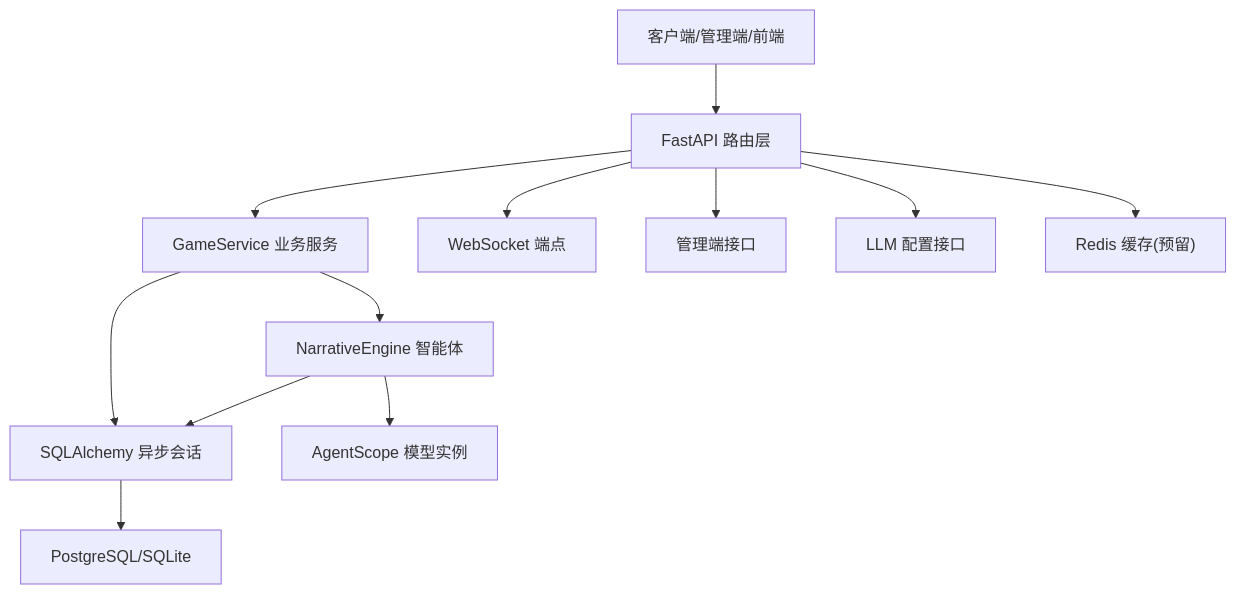
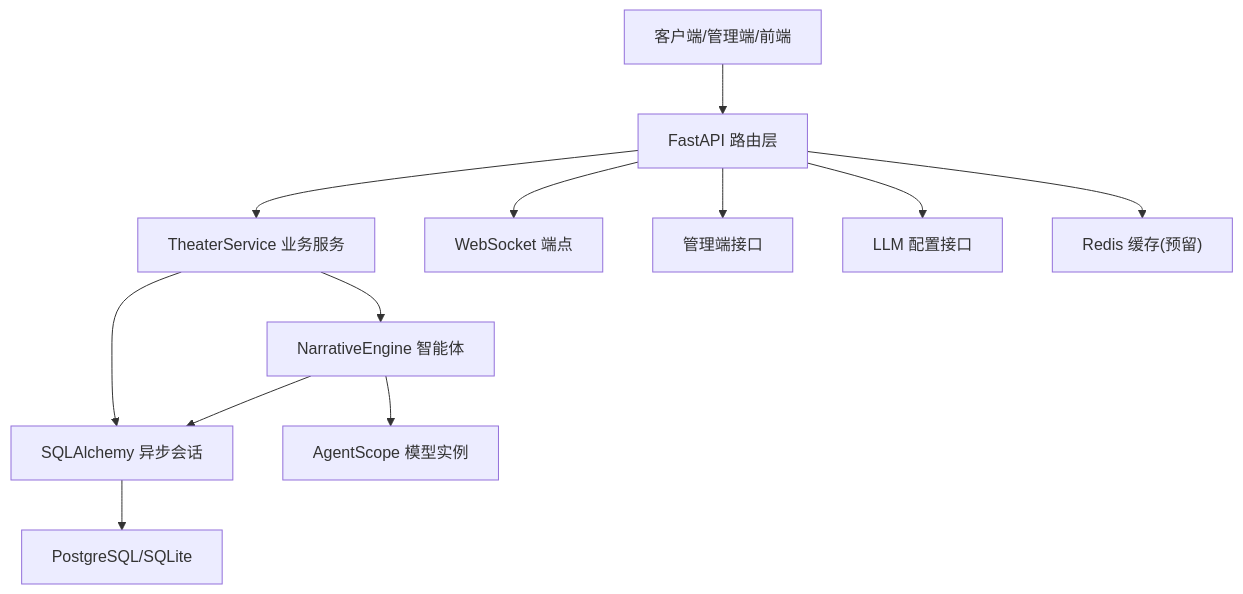
One commit to KunLabAI/KunFlix changed the second of 7 diagrams in .qoder/repowiki/zh/content/部署指南/后端部署/监控与维护/监控与维护.md. Above: the diagram before and after it, drawn with Mermaid. The commit also changed 112 other files, not shown here.

````diff
--- a/.qoder/repowiki/zh/content/部署指南/后端部署/监控与维护/监控与维护.md
+++ b/.qoder/repowiki/zh/content/部署指南/后端部署/监控与维护/监控与维护.md
@@ -125,14 +125,14 @@
 ```mermaid
 graph TB
 CLIENT["客户端/管理端/前端"] --> API["FastAPI 路由层"]
-API --> SVC["GameService 业务服务"]
+API --> SVC["TheaterService 业务服务"]
 SVC --> DB["SQLAlchemy 异步会话"]
 DB --> PG["PostgreSQL/SQLite"]
 API --> WS["WebSocket 端点"]
 API --> ADMIN["管理端接口"]
 API --> LLMCFG["LLM 配置接口"]
 SVC --> AG["NarrativeEngine 智能体"]
 AG --> AS["AgentScope 模型实例"]
 AG --> DB
 API --> REDIS["Redis 缓存(预留)"]
 ```
````
